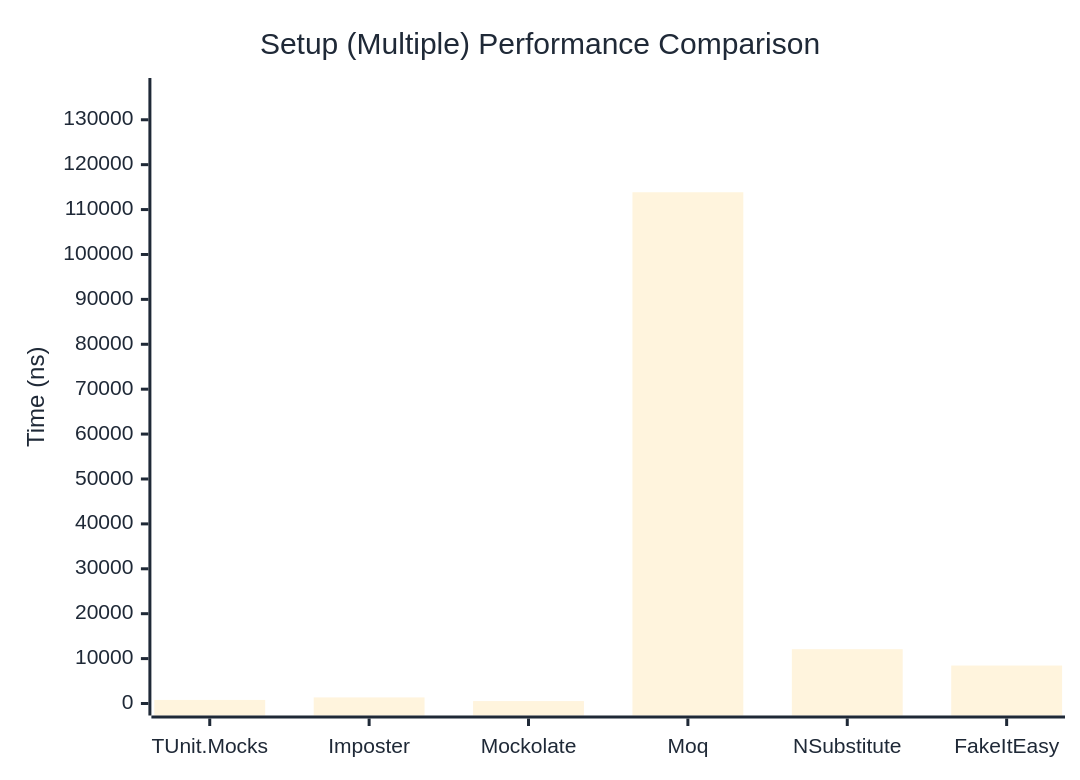
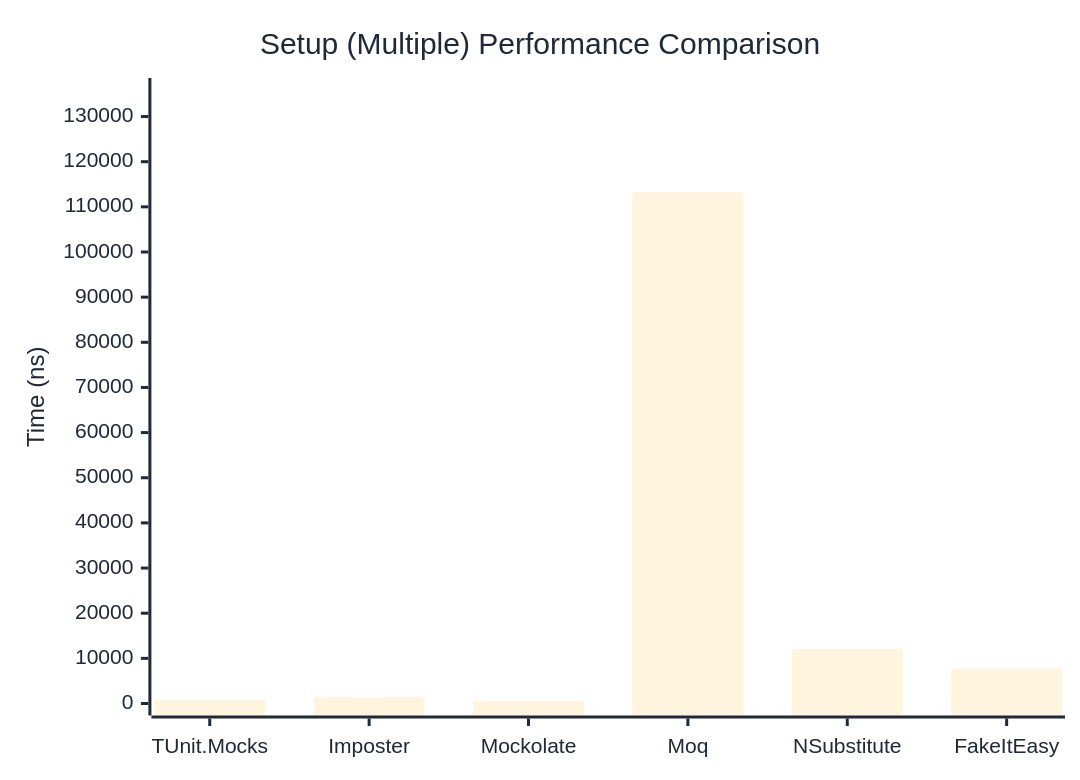
One commit to thomhurst/TUnit changed the second of 2 diagrams in docs/docs/benchmarks/mocks/Setup.md. Above: the diagram before and after it, drawn with Mermaid. The commit also changed other lines of this file and 14 other files, not shown here.

````diff
--- a/docs/docs/benchmarks/mocks/Setup.md
+++ b/docs/docs/benchmarks/mocks/Setup.md
@@ -71,27 +71,27 @@
 ```mermaid
 %%{init: {
   'theme':'base',
   'themeVariables': {
     'primaryColor': '#2563eb',
     'primaryTextColor': '#1f2937',
     'primaryBorderColor': '#1e40af',
     'lineColor': '#6b7280',
     'secondaryColor': '#7c3aed',
     'tertiaryColor': '#dc2626',
     'background': '#ffffff',
     'pie1': '#2563eb',
     'pie2': '#7c3aed',
     'pie3': '#dc2626',
     'pie4': '#f59e0b',
     'pie5': '#10b981',
     'pie6': '#06b6d4',
     'pie7': '#ec4899',
     'pie8': '#6366f1'
   }
 }}%%
 xychart-beta
   title "Setup (Multiple) Performance Comparison"
   x-axis ["TUnit.Mocks", "Imposter", "Mockolate", "Moq", "NSubstitute", "FakeItEasy"]
-  y-axis "Time (ns)" 0 --> 136628
-  bar [795.8, 1356.5, 538.9, 113856, 12096.3, 8456.3]
+  y-axis "Time (ns)" 0 --> 135880
+  bar [756.7, 1385, 542.5, 113233.3, 12054.3, 7751.3]
 ```
````
